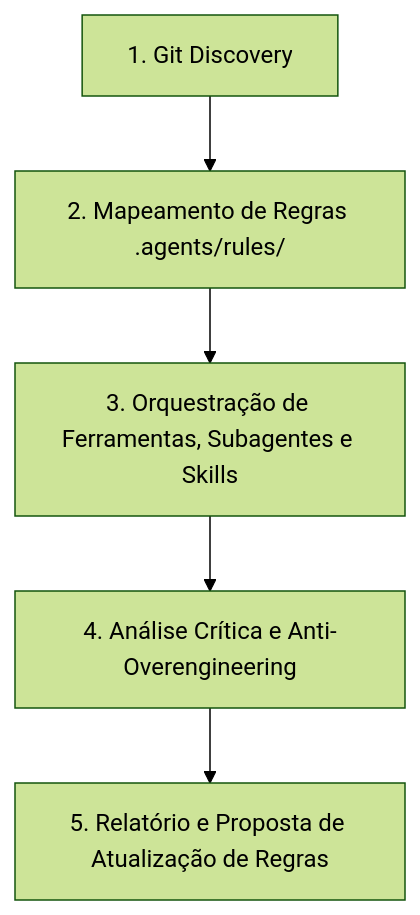
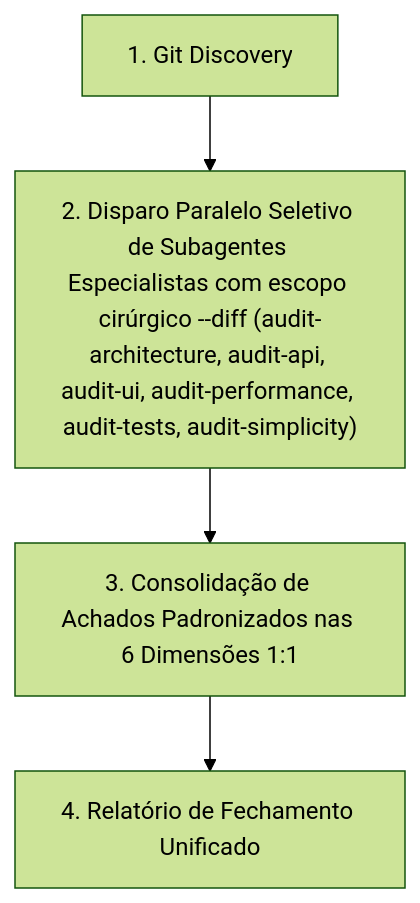
Before and after one commit to samuelalvesv/autogestor: the diagram in .agents/skills/code-review/SKILL.md, drawn with Mermaid (forest theme). The commit also changed other lines of this file and 7 other files, not shown here.

First line of the commit message:
Viewed SKILL.md:1-102 Ran command: `rtk git status --short` Ran command: `rtk git diff --cached --name-only` Ran command: `rtk git diff --stat` Ran command: `rtk git diff --cached --stat`

````diff
--- a/.agents/skills/code-review/SKILL.md
+++ b/.agents/skills/code-review/SKILL.md
@@ -20,7 +20,6 @@
 ```mermaid
 flowchart TD
-    A[1. Git Discovery] --> B[2. Mapeamento de Regras .agents/rules/]
-    B --> C[3. Orquestração de Ferramentas, Subagentes e Skills]
-    C --> D[4. Análise Crítica e Anti-Overengineering]
-    D --> E[5. Relatório e Proposta de Atualização de Regras]
+    A["1. Git Discovery"] --> B["2. Disparo Paralelo Seletivo de Subagentes Especialistas com escopo cirúrgico --diff (audit-architecture, audit-api, audit-ui, audit-performance, audit-tests, audit-simplicity)"]
+    B --> C["3. Consolidação de Achados Padronizados nas 6 Dimensões 1:1"]
+    C --> D["4. Relatório de Fechamento Unificado"]
 ```
````
